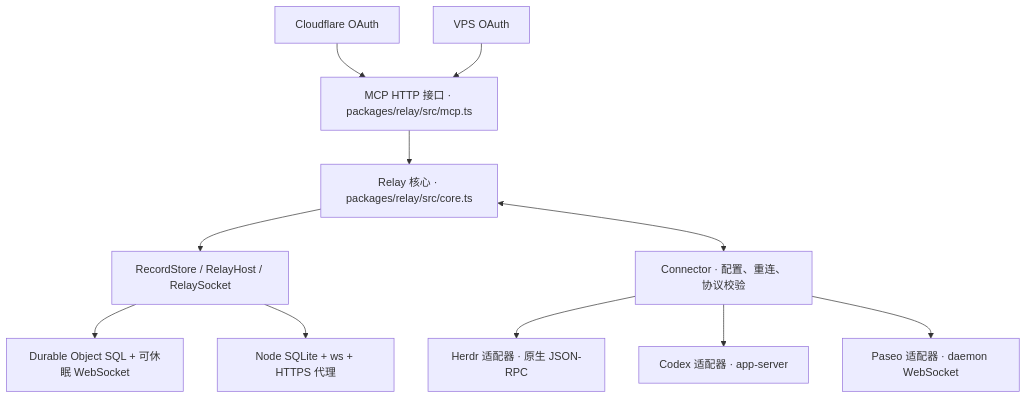
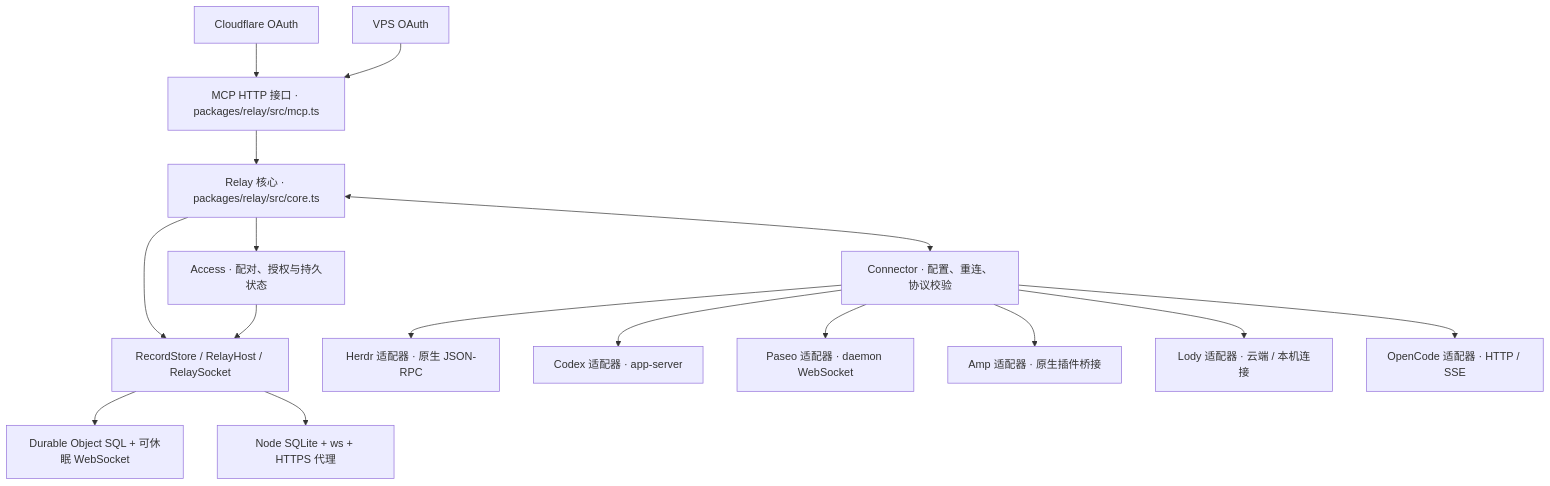
The diagram in design/architecture.zh-CN.md (Xuanwo/agenvo), drawn with Mermaid before and after one commit. The commit also changed other lines of this file and 41 other files, not shown here.

````diff
--- a/design/architecture.zh-CN.md
+++ b/design/architecture.zh-CN.md
@@ -9,13 +9,18 @@
 ```mermaid
 flowchart TB
   MCP["MCP HTTP 接口 · packages/relay/src/mcp.ts"] --> CORE["Relay 核心 · packages/relay/src/core.ts"]
   CF["Cloudflare OAuth"] --> MCP
   VPS["VPS OAuth"] --> MCP
+  CORE --> ACCESS["Access · 配对、授权与持久状态"]
   CORE --> PORT["RecordStore / RelayHost / RelaySocket"]
+  ACCESS --> PORT
   PORT --> DO["Durable Object SQL + 可休眠 WebSocket"]
   PORT --> NODE["Node SQLite + ws + HTTPS 代理"]
   CORE <--> CON["Connector · 配置、重连、协议校验"]
   CON --> HERDR["Herdr 适配器 · 原生 JSON-RPC"]
   CON --> CODEX["Codex 适配器 · app-server"]
   CON --> PASEO["Paseo 适配器 · daemon WebSocket"]
+  CON --> AMP["Amp 适配器 · 原生插件桥接"]
+  CON --> LODY["Lody 适配器 · 云端 / 本机连接"]
+  CON --> OPENCODE["OpenCode 适配器 · HTTP / SSE"]
 ```
````
